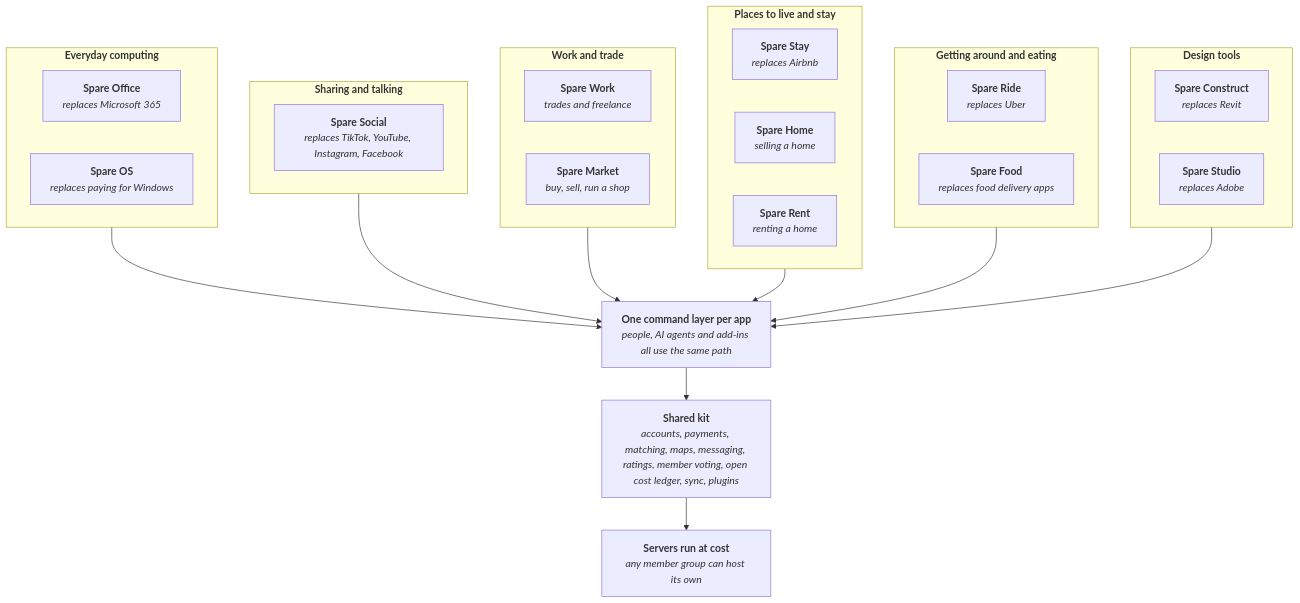
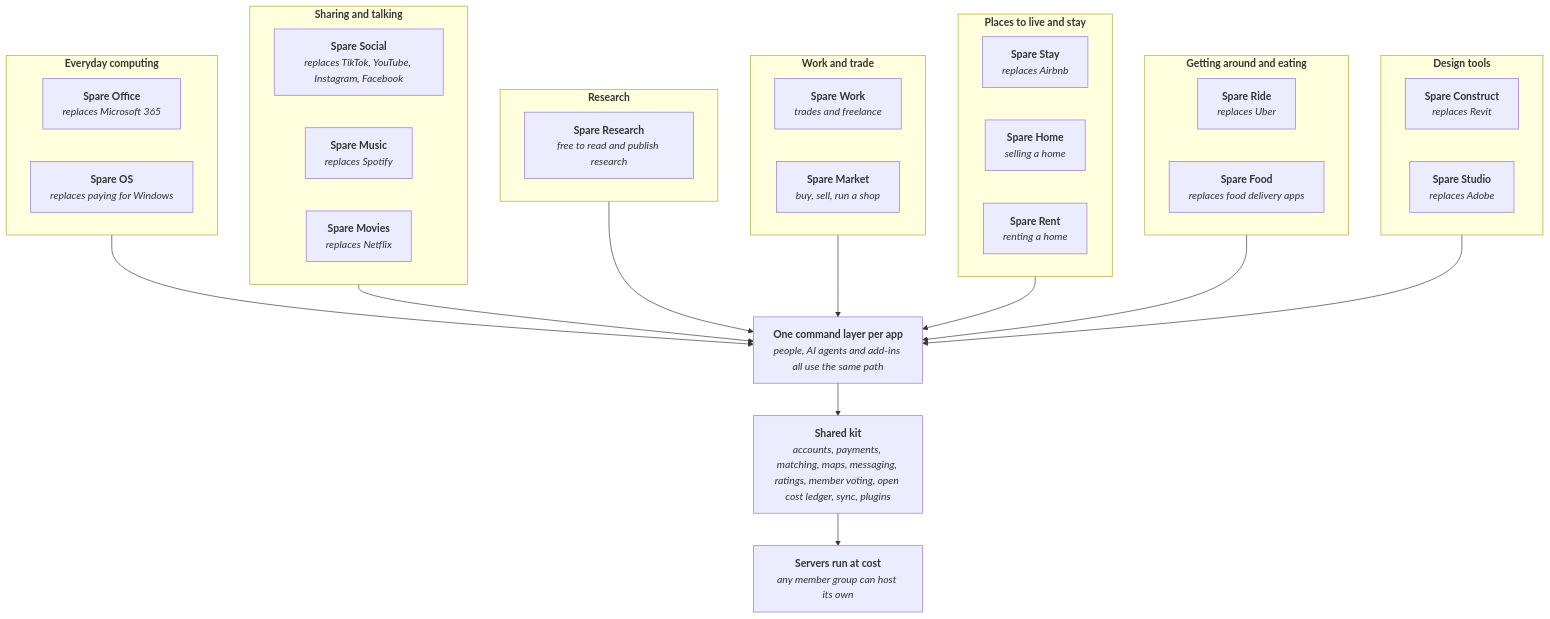
One commit to spareware-co-op/.github changed the diagram in profile/README.md. Above: the diagram before and after it, drawn with Mermaid. The commit also changed other lines of this file, not shown here.

Commit message:
Intro: Spare Music, Spare Movies and Spare Research

````diff
--- a/profile/README.md
+++ b/profile/README.md
@@ -17,58 +17,68 @@
 ```mermaid
 flowchart TB
   subgraph TRADE["`**Work and trade**`"]
     direction LR
     WORK["`**Spare Work**
 *trades and freelance*`"]
     MARKET["`**Spare Market**
 *buy, sell, run a shop*`"]
   end
   subgraph LIVE["`**Places to live and stay**`"]
     direction LR
     STAY["`**Spare Stay**
 *replaces Airbnb*`"]
     HOME["`**Spare Home**
 *selling a home*`"]
     RENT["`**Spare Rent**
 *renting a home*`"]
   end
   subgraph MOVE["`**Getting around and eating**`"]
     direction LR
     RIDE["`**Spare Ride**
 *replaces Uber*`"]
     FOOD["`**Spare Food**
 *replaces food delivery apps*`"]
   end
   subgraph DESIGN["`**Design tools**`"]
     direction LR
     CONSTRUCT["`**Spare Construct**
 *replaces Revit*`"]
     STUDIO["`**Spare Studio**
 *replaces Adobe*`"]
   end
   subgraph SHARE["`**Sharing and talking**`"]
     direction LR
     SOCIAL["`**Spare Social**
 *replaces TikTok, YouTube, Instagram, Facebook*`"]
+    MUSIC["`**Spare Music**
+*replaces Spotify*`"]
+    MOVIES["`**Spare Movies**
+*replaces Netflix*`"]
+  end
+  subgraph SCIENCE["`**Research**`"]
+    direction LR
+    RESEARCH["`**Spare Research**
+*free to read and publish research*`"]
   end
   subgraph COMPUTE["`**Everyday computing**`"]
     direction LR
     OFFICE["`**Spare Office**
 *replaces Microsoft 365*`"]
     OSYS["`**Spare OS**
 *replaces paying for Windows*`"]
   end
   CMD["`**One command layer per app**
 *people, AI agents and add-ins all use the same path*`"]
   KIT["`**Shared kit**
 *accounts, payments, matching, maps, messaging, ratings, member voting, open cost ledger, sync, plugins*`"]
   RUN["`**Servers run at cost**
 *any member group can host its own*`"]
   COMPUTE --> CMD
   SHARE --> CMD
+  SCIENCE --> CMD
   TRADE --> CMD
   LIVE --> CMD
   MOVE --> CMD
   DESIGN --> CMD
   CMD --> KIT --> RUN
 ```
````
